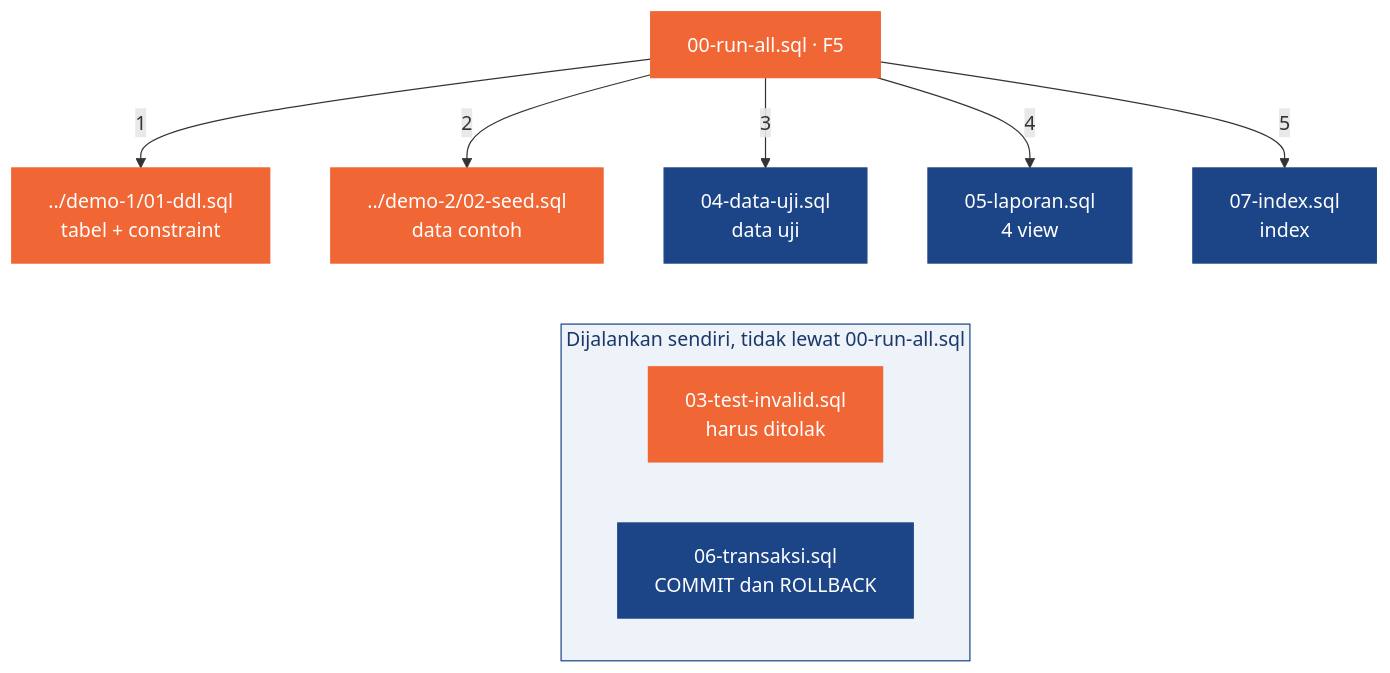
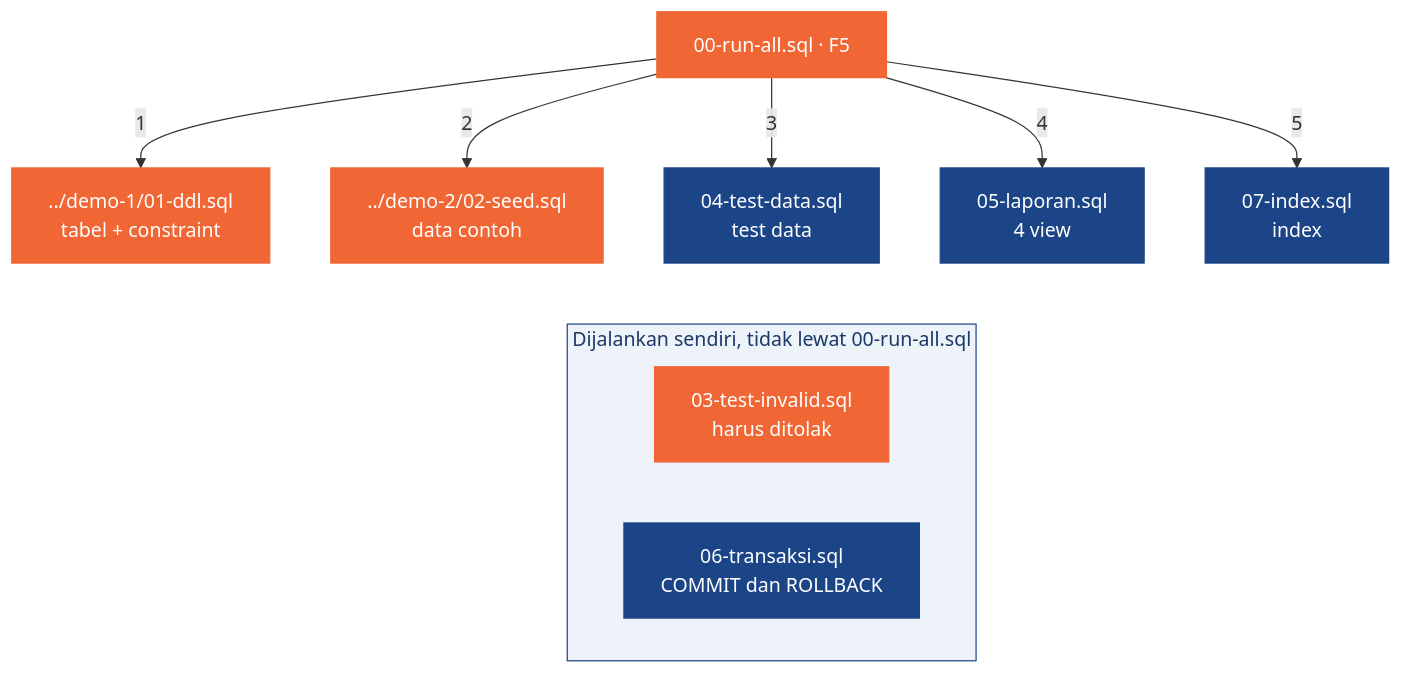
Before and after one commit to odp-it/dev-sesi-22: the diagram in lab/README.md, drawn with Mermaid. The commit also changed other lines of this file and 7 other files, not shown here.

````diff
--- a/lab/README.md
+++ b/lab/README.md
@@ -30,29 +30,29 @@
 ```mermaid
 ---
 config:
   look: classic
   flowchart:
     wrappingWidth: 260
 ---
 flowchart TB
   run["00-run-all.sql · F5"]
   run -->|1| f01["../demo-1/01-ddl.sql<br/>tabel + constraint"]
   run -->|2| f02["../demo-2/02-seed.sql<br/>data contoh"]
-  run -->|3| f04["04-data-uji.sql<br/>data uji"]
+  run -->|3| f04["04-test-data.sql<br/>test data"]
   run -->|4| f05["05-laporan.sql<br/>4 view"]
   run -->|5| f07["07-index.sql<br/>index"]
   subgraph sendiri["Dijalankan sendiri, tidak lewat 00-run-all.sql"]
     f03["03-test-invalid.sql<br/>harus ditolak"]
     f06["06-transaksi.sql<br/>COMMIT dan ROLLBACK"]
   end
   f04 ~~~ sendiri
   style sendiri fill:#EEF3FA,stroke:#1C4587,color:#1B3868
   style run fill:#F06634,color:#fff,stroke:#F06634
   style f01 fill:#F06634,color:#fff,stroke:#F06634
   style f02 fill:#F06634,color:#fff,stroke:#F06634
   style f04 fill:#1C4587,color:#fff,stroke:#1C4587
   style f05 fill:#1C4587,color:#fff,stroke:#1C4587
   style f07 fill:#1C4587,color:#fff,stroke:#1C4587
   style f03 fill:#F06634,color:#fff,stroke:#F06634
   style f06 fill:#1C4587,color:#fff,stroke:#1C4587
 ```
````
